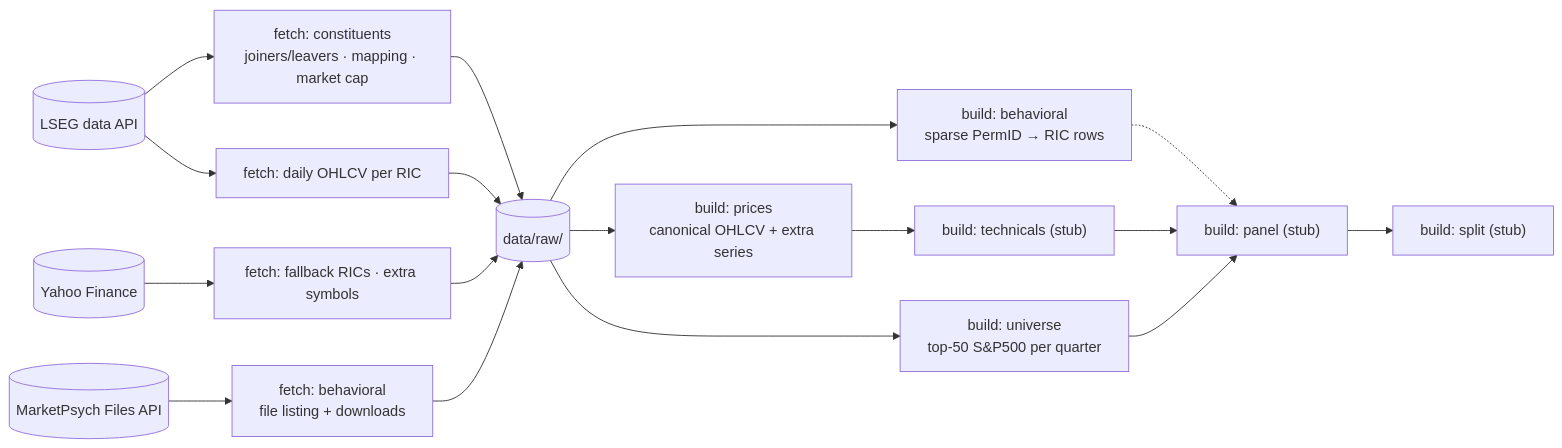
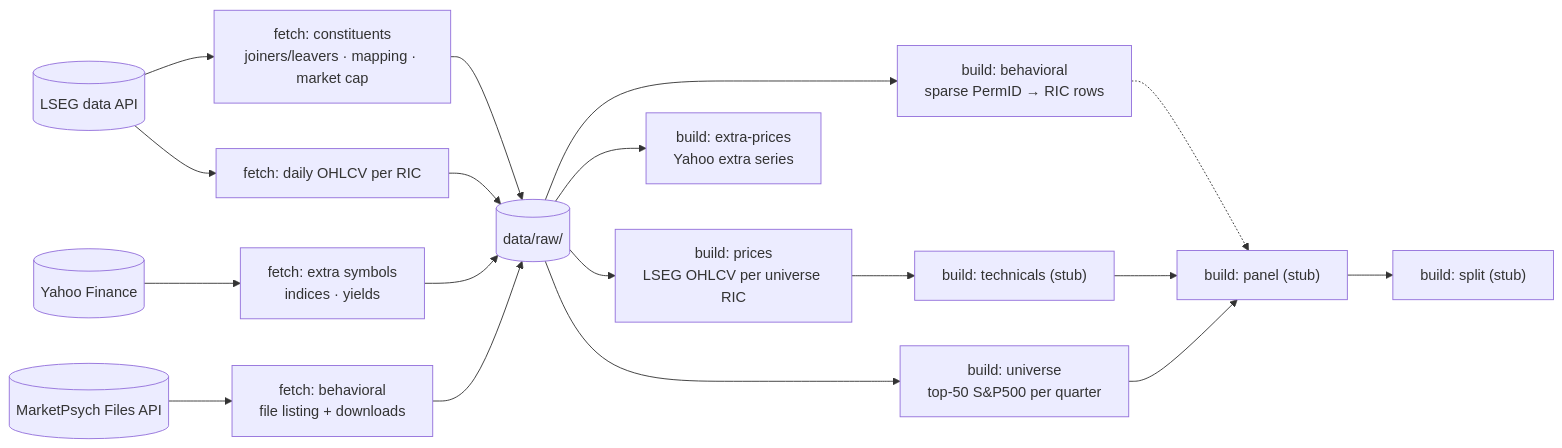
The diagram in docs/data.md (life00/factor-weaver), drawn with Mermaid before and after one commit. The commit also changed other lines of this file and 13 other files, not shown here.

First line of the commit message:
fix(data): price the universe share line; drop Yahoo stock fallback

````diff
--- a/docs/data.md
+++ b/docs/data.md
@@ -25,19 +25,20 @@
 ```mermaid
 flowchart LR
   lseg[("LSEG data API")] --> fetch_ref["fetch: constituents<br/>joiners/leavers · mapping · market cap"]
   lseg --> fetch_px["fetch: daily OHLCV per RIC"]
-  yahoo[("Yahoo Finance")] --> fetch_yf["fetch: fallback RICs · extra symbols"]
+  yahoo[("Yahoo Finance")] --> fetch_yf["fetch: extra symbols<br/>indices · yields"]
   mpsych[("MarketPsych Files API")] --> fetch_mp["fetch: behavioral<br/>file listing + downloads"]
   fetch_ref --> raw[("data/raw/")]
   fetch_px --> raw
   fetch_yf --> raw
   fetch_mp --> raw
   raw --> univ["build: universe<br/>top-50 S&P500 per quarter"]
-  raw --> bprices["build: prices<br/>canonical OHLCV + extra series"]
+  raw --> bprices["build: prices<br/>LSEG OHLCV per universe RIC"]
+  raw --> bextra["build: extra-prices<br/>Yahoo extra series"]
   raw --> bbeh["build: behavioral<br/>sparse PermID → RIC rows"]
   bprices --> tech["build: technicals (stub)"]
   bbeh -.-> panel
   tech --> panel["build: panel (stub)"]
   univ --> panel
   panel --> split["build: split (stub)"]
 ```
````
